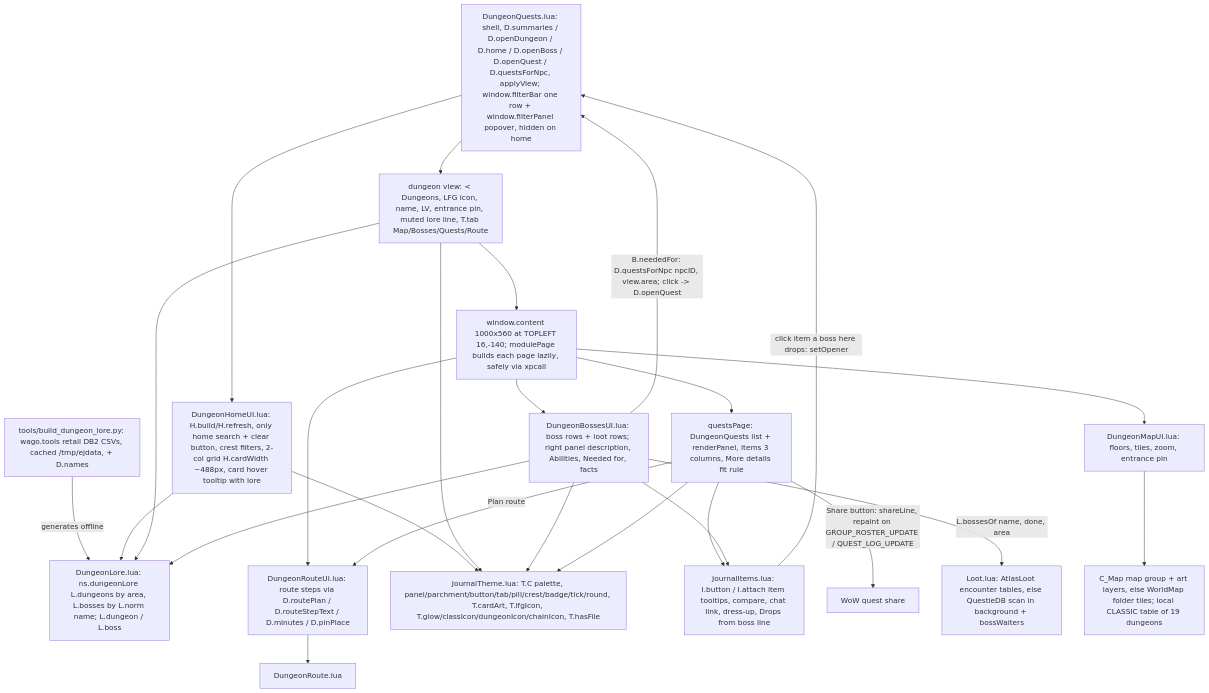
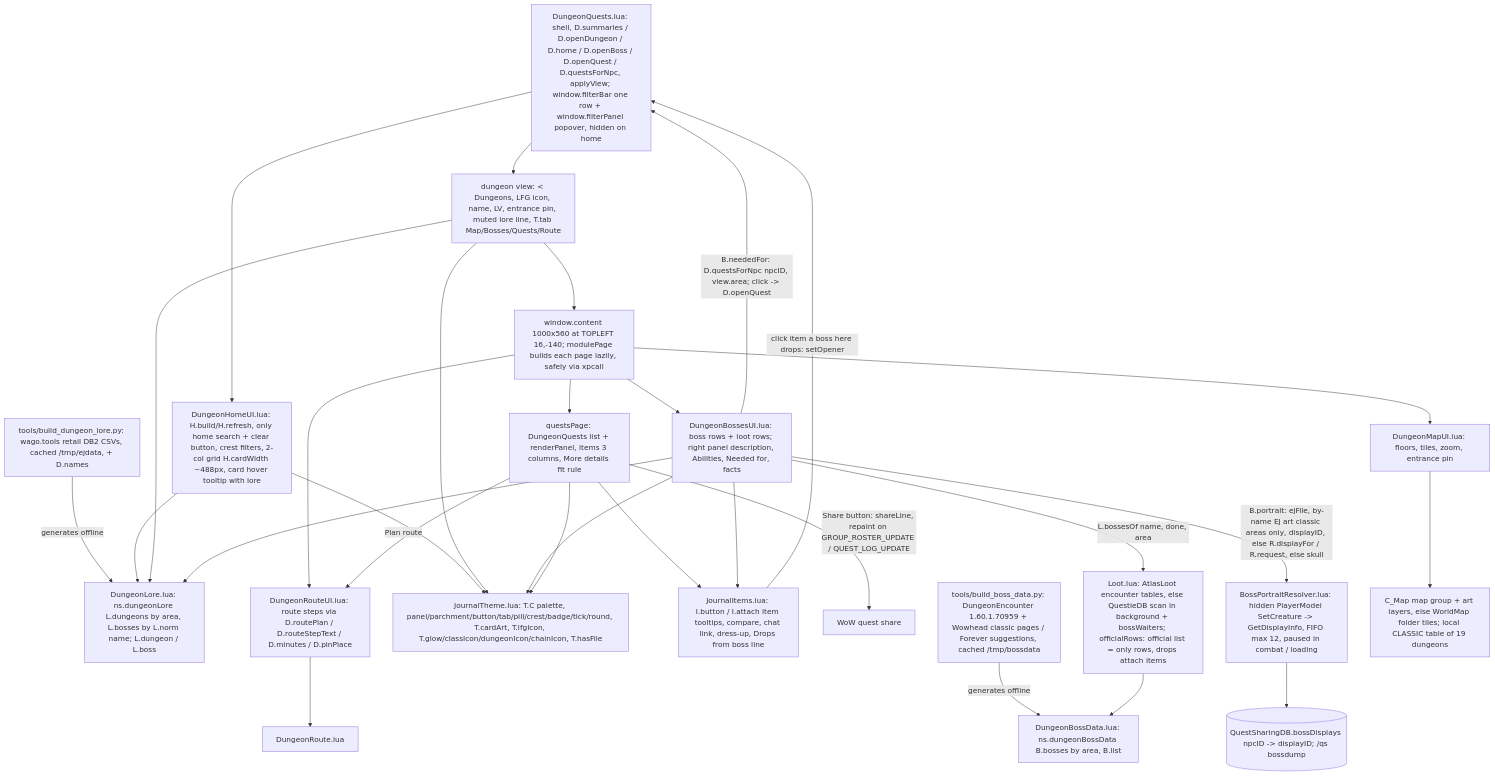
One commit to YodaGitMaster/QuestSharing changed the fourth of 37 diagrams in context/architecture.md. Above: the diagram before and after it, drawn with Mermaid. The commit also changed other lines of this file and 116 other files, not shown here.

Commit message:
Add configurable tool modules and improve dungeon bosses and party finder

````diff
--- a/context/architecture.md
+++ b/context/architecture.md
@@ -222,27 +226,31 @@
 ```mermaid
 flowchart TD
     DQ[DungeonQuests.lua: shell, D.summaries / D.openDungeon / D.home / D.openBoss / D.openQuest / D.questsForNpc, applyView; window.filterBar one row + window.filterPanel popover, hidden on home] --> Home[DungeonHomeUI.lua: H.build/H.refresh, only home search + clear button, crest filters, 2-col grid H.cardWidth ~488px, card hover tooltip with lore]
     DQ --> Header[dungeon view: < Dungeons, LFG icon, name, LV, entrance pin, muted lore line, T.tab Map/Bosses/Quests/Route]
     LoreGen[tools/build_dungeon_lore.py: wago.tools retail DB2 CSVs, cached /tmp/ejdata, + D.names] -->|generates offline| Lore[DungeonLore.lua: ns.dungeonLore L.dungeons by area, L.bosses by L.norm name; L.dungeon / L.boss]
     Home --> Lore
     Header --> Lore
     Bosses --> Lore
     Bosses -->|B.neededFor: D.questsForNpc npcID, view.area; click -> D.openQuest| DQ
     Header --> Content[window.content 1000x560 at TOPLEFT 16,-140; modulePage builds each page lazily, safely via xpcall]
     Content --> QuestsPage[questsPage: DungeonQuests list + renderPanel, items 3 columns, More details fit rule]
     Content --> Bosses[DungeonBossesUI.lua: boss rows + loot rows; right panel description, Abilities, Needed for, facts]
     Content --> MapPage[DungeonMapUI.lua: floors, tiles, zoom, entrance pin]
     Content --> RoutePage[DungeonRouteUI.lua: route steps via D.routePlan / D.routeStepText / D.minutes / D.pinPlace]
     Home --> Theme[JournalTheme.lua: T.C palette, panel/parchment/button/tab/pill/crest/badge/tick/round, T.cardArt, T.lfgIcon, T.glow/classIcon/dungeonIcon/chainIcon, T.hasFile]
     Header --> Theme
     Bosses --> Theme
     QuestsPage --> Theme
     QuestsPage --> Items[JournalItems.lua: I.button / I.attach item tooltips, compare, chat link, dress-up, Drops from boss line]
     Bosses --> Items
     Items -->|click item a boss here drops: setOpener| DQ
     QuestsPage -->|Plan route| RoutePage
     QuestsPage -->|Share button: shareLine, repaint on GROUP_ROSTER_UPDATE / QUEST_LOG_UPDATE| Game[WoW quest share]
-    Bosses -->|L.bossesOf name, done, area| Loot[Loot.lua: AtlasLoot encounter tables, else QuestieDB scan in background + bossWaiters]
+    Bosses -->|L.bossesOf name, done, area| Loot[Loot.lua: AtlasLoot encounter tables, else QuestieDB scan in background + bossWaiters; officialRows: official list = only rows, drops attach items]
+    BossGen[tools/build_boss_data.py: DungeonEncounter 1.60.1.70959 + Wowhead classic pages / Forever suggestions, cached /tmp/bossdata] -->|generates offline| BossData[DungeonBossData.lua: ns.dungeonBossData B.bosses by area, B.list]
+    Loot --> BossData
+    Bosses -->|B.portrait: ejFile, by-name EJ art classic areas only, displayID, else R.displayFor / R.request, else skull| Resolver[BossPortraitResolver.lua: hidden PlayerModel SetCreature -> GetDisplayInfo, FIFO max 12, paused in combat / loading]
+    Resolver --> BossCache[(QuestSharingDB.bossDisplays npcID -> displayID; /qs bossdump)]
     MapPage --> CMap[C_Map map group + art layers, else WorldMap folder tiles; local CLASSIC table of 19 dungeons]
     RoutePage --> Route[DungeonRoute.lua]
 ```
````
